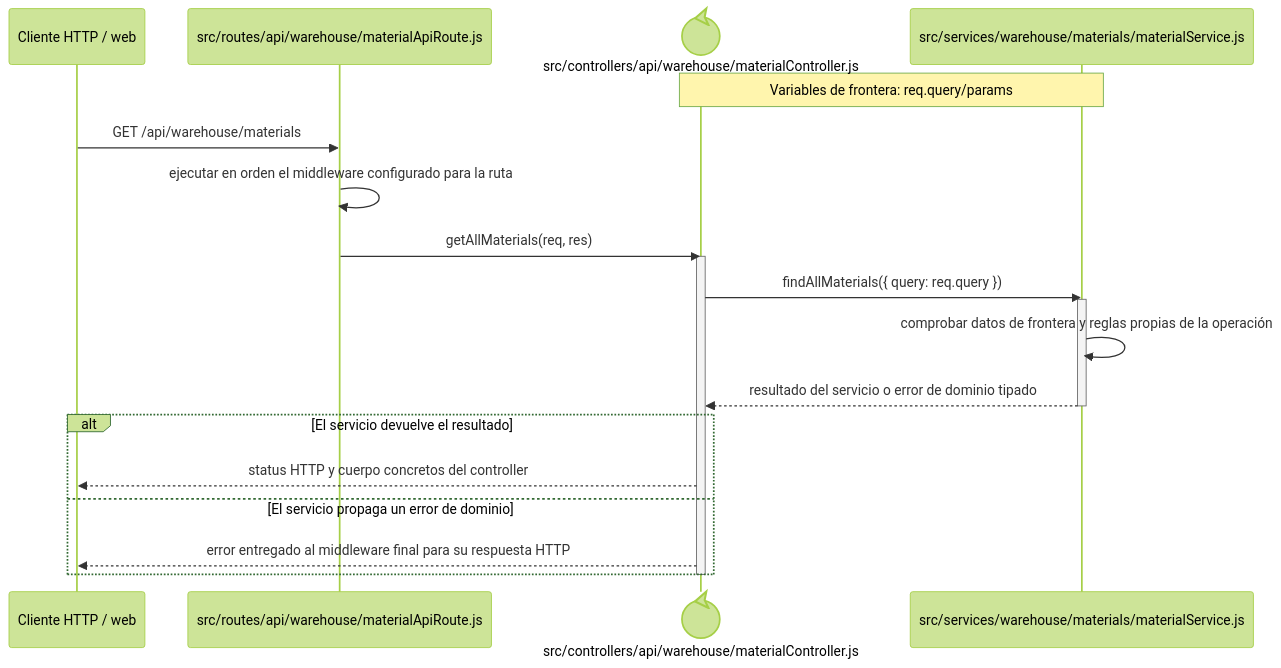
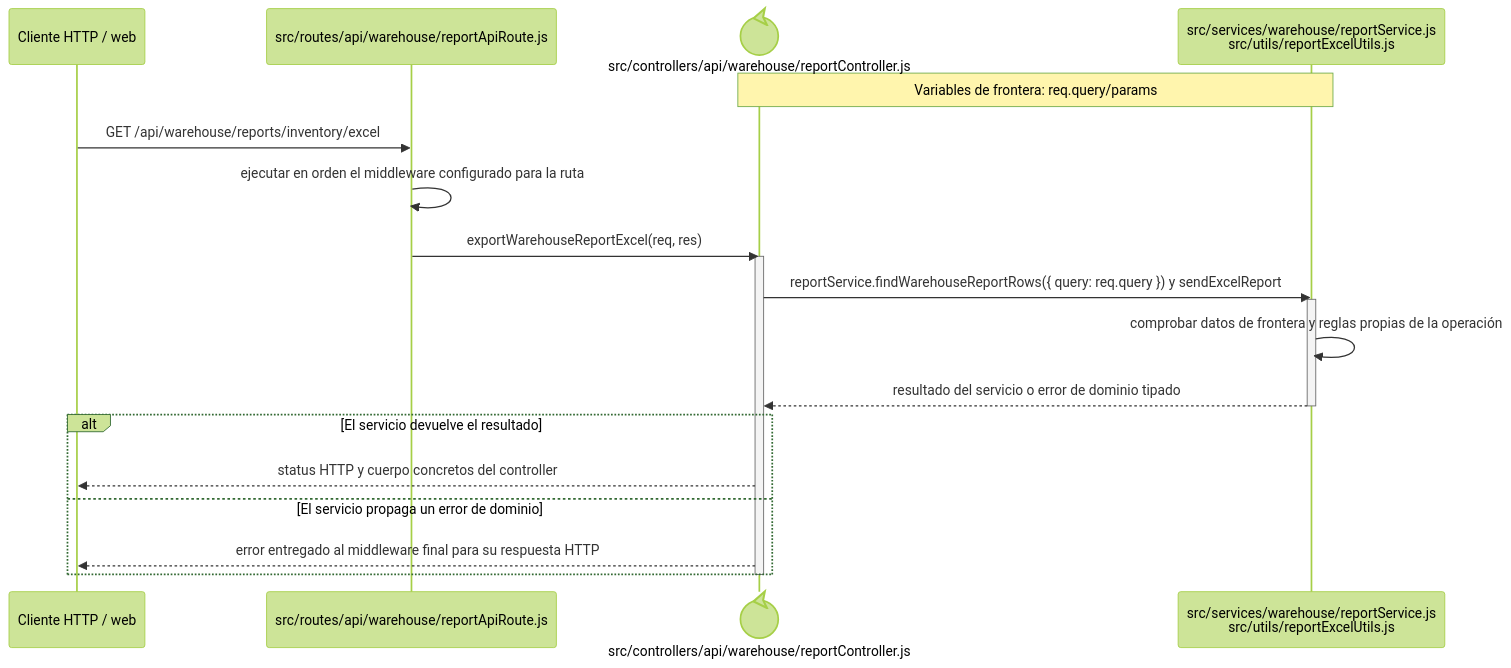
The diagram in docs/architecture/backend-code-sequences/catalogs/cu-cat-06.md (gpgsistemas01/nexus), drawn with Mermaid (forest theme) before and after one commit. The commit also changed other lines of this file and 207 other files, not shown here.

````diff
--- a/docs/architecture/backend-code-sequences/catalogs/cu-cat-06.md
+++ b/docs/architecture/backend-code-sequences/catalogs/cu-cat-06.md
@@ -6,24 +6,24 @@
 ```mermaid
 sequenceDiagram
     participant Client as Cliente HTTP / web
-    participant Route as src/routes/api/warehouse/materialApiRoute.js
-    participant Controller@{ "type": "control" } as src/controllers/api/warehouse/materialController.js
-    participant Domain as src/services/warehouse/materials/materialService.js
+    participant Route as src/routes/api/warehouse/reportApiRoute.js
+    participant Controller@{ "type": "control" } as src/controllers/api/warehouse/reportController.js
+    participant Domain as src/services/warehouse/reportService.js<br/>src/utils/reportExcelUtils.js
     Note over Controller,Domain: Variables de frontera: req.query/params
 
-    Client->>Route: GET /api/warehouse/materials
+    Client->>Route: GET /api/warehouse/reports/inventory/excel
     Route->>Route: ejecutar en orden el middleware configurado para la ruta
-    Route->>Controller: getAllMaterials(req, res)
+    Route->>Controller: exportWarehouseReportExcel(req, res)
     activate Controller
-    Controller->>Domain: findAllMaterials({ query: req.query })
+    Controller->>Domain: reportService.findWarehouseReportRows({ query: req.query }) y sendExcelReport
     activate Domain
     Domain->>Domain: comprobar datos de frontera y reglas propias de la operación
     Domain-->>Controller: resultado del servicio o error de dominio tipado
     deactivate Domain
     alt El servicio devuelve el resultado
         Controller-->>Client: status HTTP y cuerpo concretos del controller
     else El servicio propaga un error de dominio
         Controller-->>Client: error entregado al middleware final para su respuesta HTTP
     end
     deactivate Controller
 ```
````
